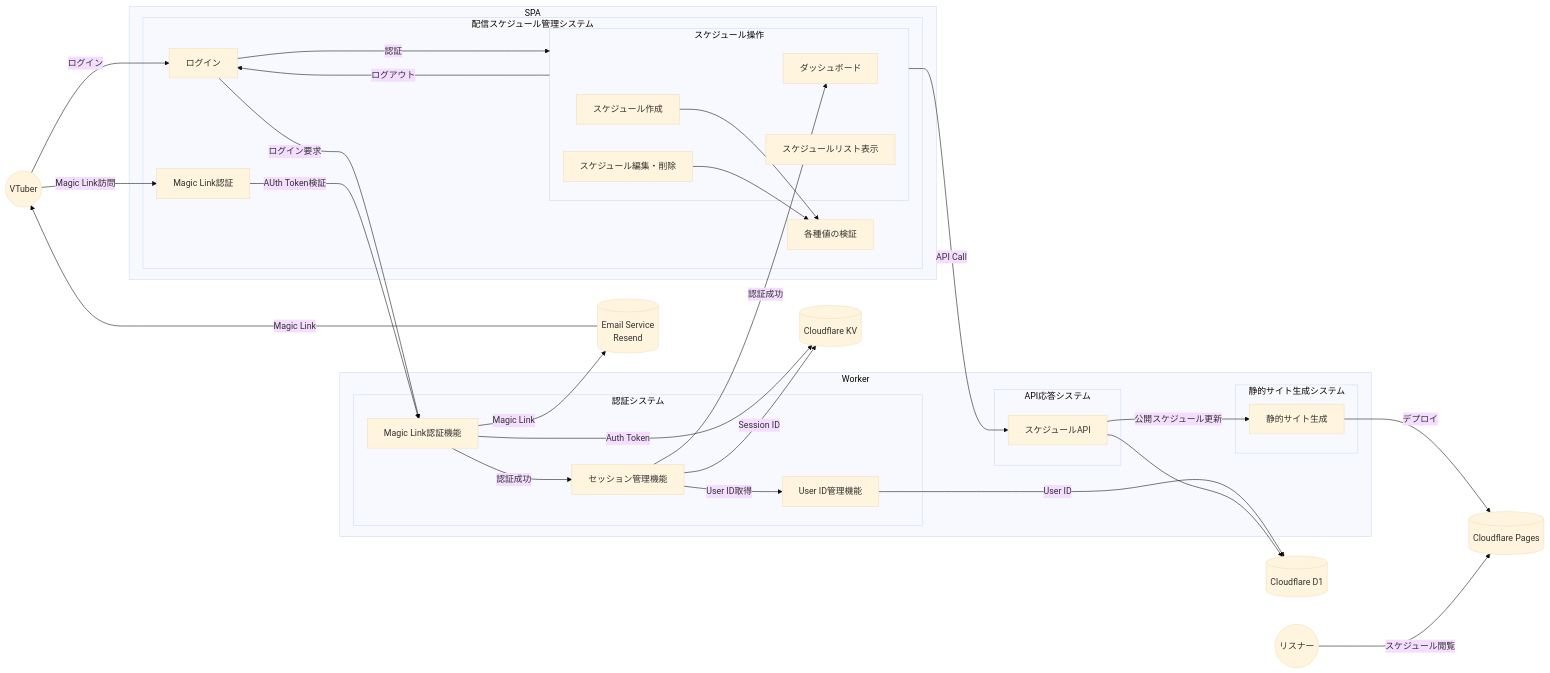
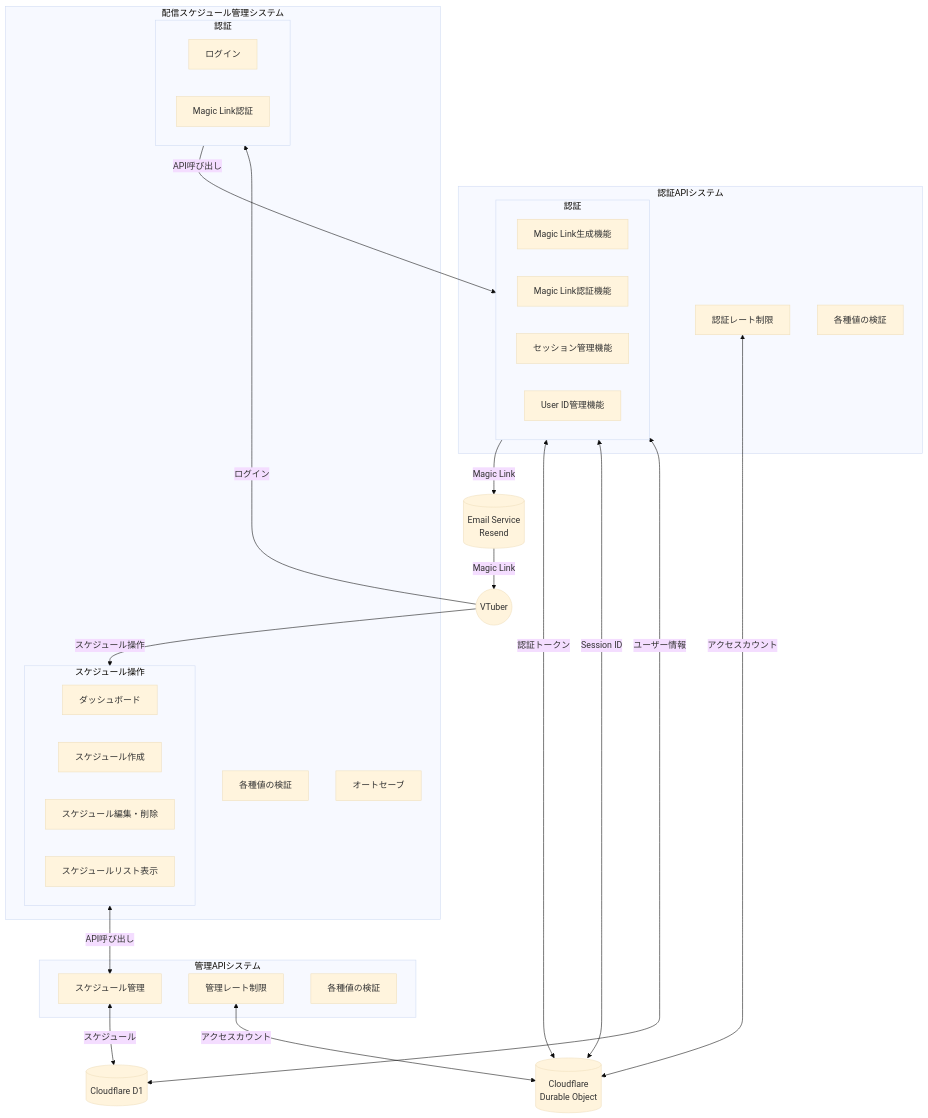
The first of 12 diagrams in doc/devel/PHASE_01/01_05_FUNCTIONAL_SPEC.md (osawa-naotaka/vtunehub), drawn with Mermaid (base theme) before and after one commit. The commit also changed other lines of this file and 1 other file, not shown here.

````diff
--- a/doc/devel/PHASE_01/01_05_FUNCTIONAL_SPEC.md
+++ b/doc/devel/PHASE_01/01_05_FUNCTIONAL_SPEC.md
@@ -18,95 +18,78 @@
 ```mermaid
-graph LR
+graph TB
 
   %% Actor and External Services
   ACTOR_VTUBER(("VTuber"))
-  ACTOR_USER(("リスナー"))
   SV_EMAIL[("Email Service<BR>Resend")]
-  SV_KV[("Cloudflare KV")]
   SV_D1[("Cloudflare D1")]
-  SV_PAGES[("Cloudflare Pages")]
+  SV_DO[("Cloudflare<BR>Durable Object")]
   
-  subgraph ENV_WORKER["Worker"]
-    %% AUth system
-    subgraph SYS_AUTH["認証システム"]
-      FN_AUTH["Magic Link認証機能"]
-      FN_SESSION["セッション管理機能"]
-      FN_USER["User ID管理機能"]
+  %% subgraph ENV_WORKER["Worker"]
+    %% Auth system
+    subgraph SYS_AUTH_API["認証APIシステム"]
+      
+      subgraph FN_AUTH_AUTH["認証"]
+        FN_AUTH_GEN["Magic Link生成機能"]
+        FN_AUTH_CHK["Magic Link認証機能"]
+        FN_AUTH_SESSION["セッション管理機能"]
+        FN_AUTH_USER["User ID管理機能"]
+      end
+
+      FN_AUTH_RATE["認証レート制限"]
+      FN_AUTH_VALID["各種値の検証"]
     end
 
-    %% API Response
-    subgraph SYS_API["API応答システム"]
-      FN_API_SCHED["スケジュールAPI"]
+    %% Management API System
+    subgraph SYS_MNG_API["管理APIシステム"]
+      FN_MNG_SCHED["スケジュール管理"]
+      FN_MNG_RATE["管理レート制限"]
+      FN_MNG_VALID["各種値の検証"]
     end
 
-    %% Static Site Generation
-    subgraph SYS_DEPLOY["静的サイト生成システム"]
-      FN_DEPLOY["静的サイト生成"]
+  %% end
+
+  %% Schedule Management System
+  subgraph SYS_MNGSPA["配信スケジュール管理システム"]
+    subgraph FN_MNGSPA_AUTH["認証"]
+      FN_MNGSPA_LOGIN["ログイン"]
+      FN_MNGSPA_MAGIC_LINK["Magic Link認証"]
     end
+
+    subgraph FN_MNGSPA_SCHED["スケジュール操作"]
+      FN_MNGSPA_DASHBOARD["ダッシュボード"]
+      FN_MNGSPA_CREATE["スケジュール作成"]
+      FN_MNGSPA_EDIT["スケジュール編集・削除"]
+      FN_MNGSPA_LIST["スケジュールリスト表示"]
+    end
+    FN_MNGSPA_VALID["各種値の検証"]
+    FN_MNGSPA_AUTOSAVE["オートセーブ"]
   end
 
-  subgraph ENV_SPA["SPA"]
-    %% Schedule Managament System
-    subgraph SYS_SCHED["配信スケジュール管理システム"]
-      FN_LOGIN["ログイン"]
-      FN_SPA_AUTH["Magic Link認証"]
-      subgraph FN_SCHED["スケジュール操作"]
-        FN_DASHBOARD["ダッシュボード"]
-        FN_CREATE["スケジュール作成"]
-        FN_EDIT["スケジュール編集・削除"]
-        FN_LIST["スケジュールリスト表示"]
-      end
-      FN_VALID["各種値の検証"]
-
-      FN_CREATE --> FN_VALID
-      FN_EDIT --> FN_VALID
-    end
-  end
-
-
-  %% ログイン
-  ACTOR_VTUBER --"ログイン"--> FN_LOGIN
-  FN_LOGIN --"認証"--> FN_SCHED
-  FN_SCHED --"ログアウト"--> FN_LOGIN
-
-  %% SPA to Worker
-  FN_LOGIN --"ログイン要求"--> FN_AUTH
-
-  %% Auth
-  FN_AUTH --"認証成功"--> FN_SESSION
-  FN_SESSION --"User ID取得"--> FN_USER
-
-  %% Worker to SPA
-  FN_SESSION --"認証成功"--> FN_DASHBOARD
-
-  %% Worker to Service
-  FN_AUTH --"Auth Token"--> SV_KV
-  FN_AUTH --"Magic Link"--> SV_EMAIL
-  FN_SESSION --"Session ID"--> SV_KV
-  FN_USER --"User ID"--> SV_D1
-
-  %% Service to VTuber
+  %% 認証
+  ACTOR_VTUBER --"ログイン"--> FN_MNGSPA_AUTH
+  FN_MNGSPA_AUTH --"API呼び出し"--> FN_AUTH_AUTH
+  FN_AUTH_AUTH --"Magic Link"--> SV_EMAIL
   SV_EMAIL --"Magic Link"--> ACTOR_VTUBER
 
-  %% Vtuber to SPA
-  ACTOR_VTUBER --"Magic Link訪問"--> FN_SPA_AUTH
+  %% スケジュール操作
+  ACTOR_VTUBER --"スケジュール操作"--> FN_MNGSPA_SCHED
+  FN_MNGSPA_SCHED <--"API呼び出し"--> FN_MNG_SCHED
 
-  %% SPA to Worker
-  FN_SPA_AUTH --"AUth Token検証"--> FN_AUTH
+  %% 外部サービスとの接続
 
-  %% API呼び出し
-  FN_SCHED --"API Call"--> FN_API_SCHED
+  %% API --> Auth Token
+  FN_AUTH_AUTH <--"認証トークン"--> SV_DO
 
-  %% Worker to Service
-  FN_API_SCHED --> SV_D1
+  %% API --> Session ID
+  FN_AUTH_AUTH <--"Session ID"--> SV_DO
 
-  %% 静的サイト生成
-  FN_API_SCHED --"公開スケジュール更新"--> FN_DEPLOY
+  %% API --> user data
+  FN_AUTH_AUTH <--"ユーザー情報"--> SV_D1
 
-  %% Worker to Service
-  FN_DEPLOY --"デプロイ"--> SV_PAGES
+  %% API -> スケジュールデータ
+  FN_MNG_SCHED <--"スケジュール"--> SV_D1
 
-  %% Access to Static Site
-  ACTOR_USER --"スケジュール閲覧"--> SV_PAGES
-
+  %% レート制限 -> DO
+  FN_AUTH_RATE <--"アクセスカウント"--> SV_DO
+  FN_MNG_RATE <--"アクセスカウント"--> SV_DO
 ```
````
